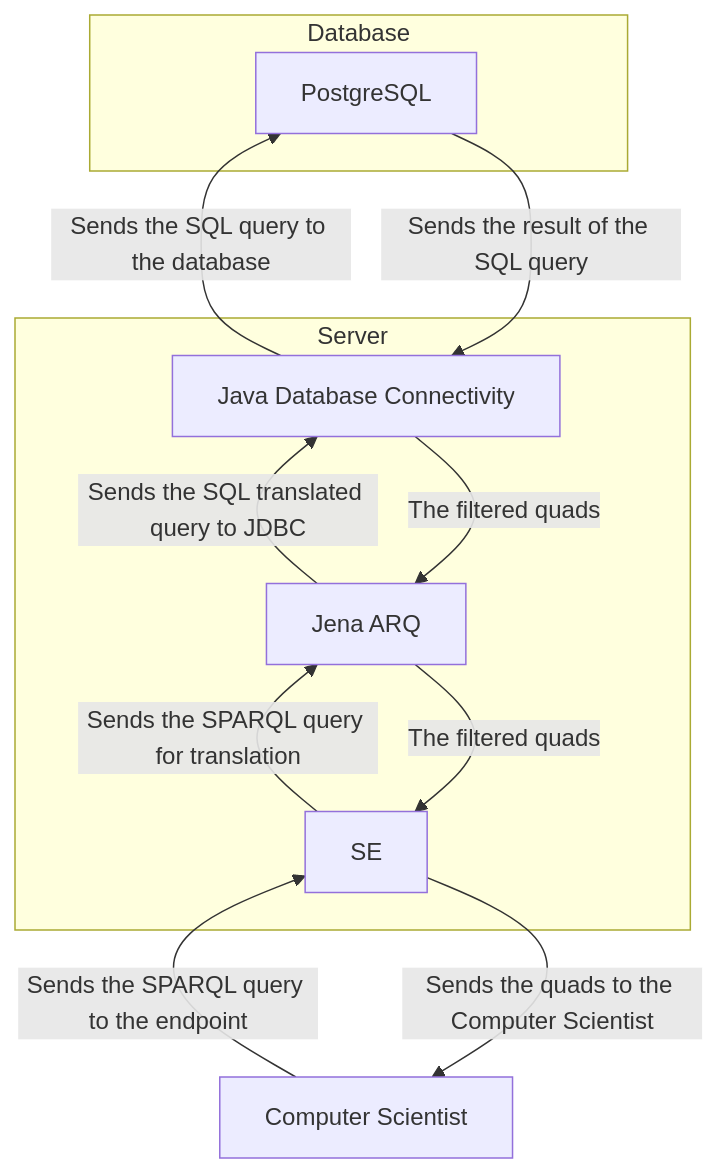
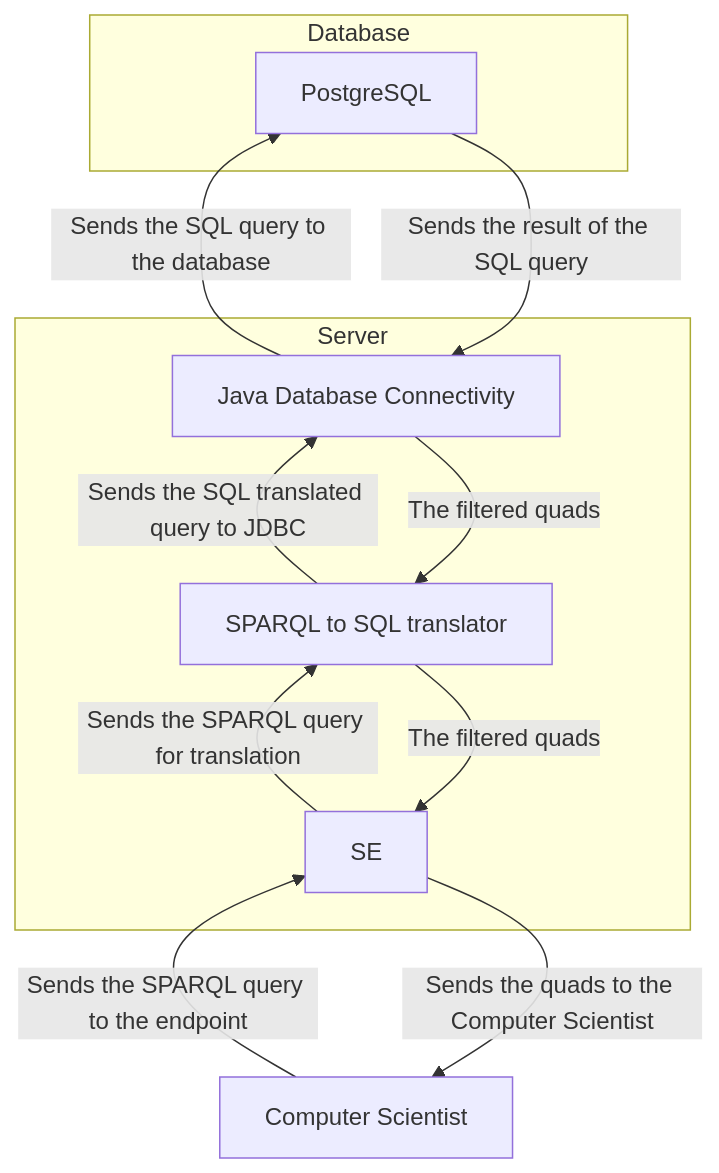
One commit to VCityTeam/ConVer-G changed the third of 5 diagrams in Readme.md. Above: the diagram before and after it, drawn with Mermaid. The commit also changed other lines of this file and 335 other files, not shown here.

First line of the commit message:
Leaving SPARQL-to-SQL naming (#14)

````diff
--- a/Readme.md
+++ b/Readme.md
@@ -220,16 +219,16 @@
 ```mermaid
 flowchart BT
     CS[Computer Scientist] -->|Sends the SPARQL query to the endpoint| SE
     SE -->|Sends the quads to the Computer Scientist| CS
     subgraph Server
-        SE -->|Sends the SPARQL query for translation| ARQ[Jena ARQ]
+        SE -->|Sends the SPARQL query for translation| ARQ[SPARQL to SQL translator]
         ARQ -->|Sends the SQL translated query to JDBC| JDBC[Java Database Connectivity]
         JDBC -->|The filtered quads| ARQ
         ARQ -->|The filtered quads| SE
 
     end
     subgraph Database
         JDBC -->|Sends the SQL query to the database| DB[PostgreSQL]
         DB -->|Sends the result of the SQL query| JDBC
     end
 ```
````
